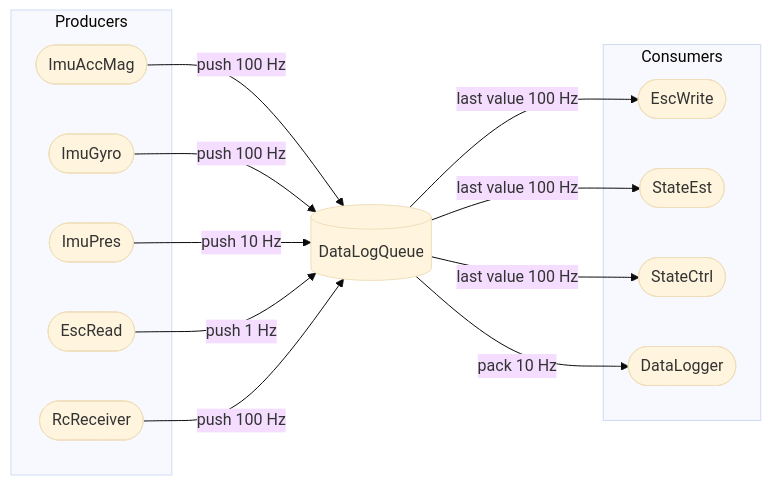
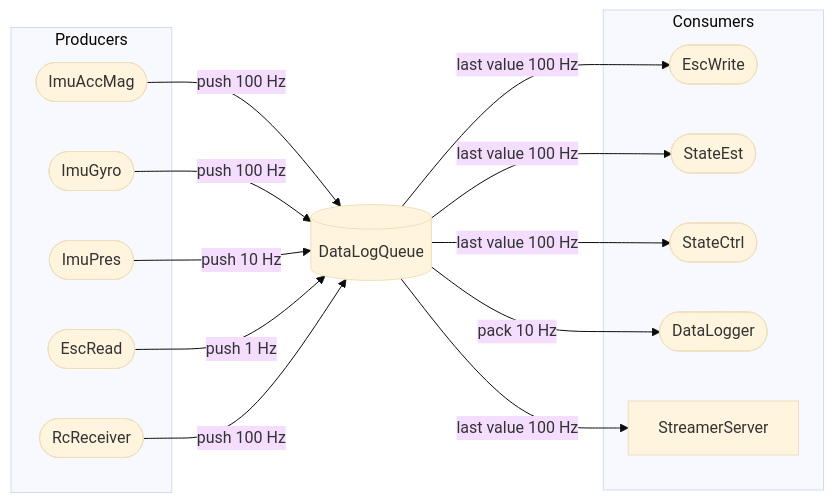
The first of 3 diagrams in doc/source/software_design.rst (real-tintin/ugglan), drawn with Mermaid (base theme) before and after one commit. The commit also changed other lines of this file and 66 other files, not shown here.

```diff
--- a/doc/source/software_design.rst
+++ b/doc/source/software_design.rst
@@ -12,45 +12,47 @@
 .. mermaid::
     :caption: Overview of the drone software design. Tasks are stadium-shaped nodes.
 
     graph LR
         ImuAccMag([ImuAccMag])
         ImuGyro([ImuGyro])
         ImuPres([ImuPres])
 
         EscRead([EscRead])
         EscWrite([EscWrite])
 
         RcReceiver([RcReceiver])
 
         StateEst([StateEst])
         StateCtrl([StateCtrl])
 
         DataLogger([DataLogger])
 
         DataLogQueue[(DataLogQueue)]
 
         ImuAccMag -- push 100 Hz --> DataLogQueue
         ImuGyro -- push 100 Hz --> DataLogQueue
         ImuPres -- push 10 Hz --> DataLogQueue
         EscRead -- push 1 Hz --> DataLogQueue
         RcReceiver -- push 100 Hz --> DataLogQueue
 
         DataLogQueue -- last value 100 Hz --> StateEst
         DataLogQueue -- last value 100 Hz --> StateCtrl
         DataLogQueue -- last value 100 Hz --> EscWrite
+        DataLogQueue -- last value 100 Hz --> StreamerServer
         DataLogQueue -- pack 10 Hz --> DataLogger
 
         subgraph Producers
         ImuAccMag
         ImuGyro
         ImuPres
         EscRead
         RcReceiver
         end
 
         subgraph Consumers
         StateEst
         StateCtrl
         EscWrite
         DataLogger
+        StreamerServer
         end
```
